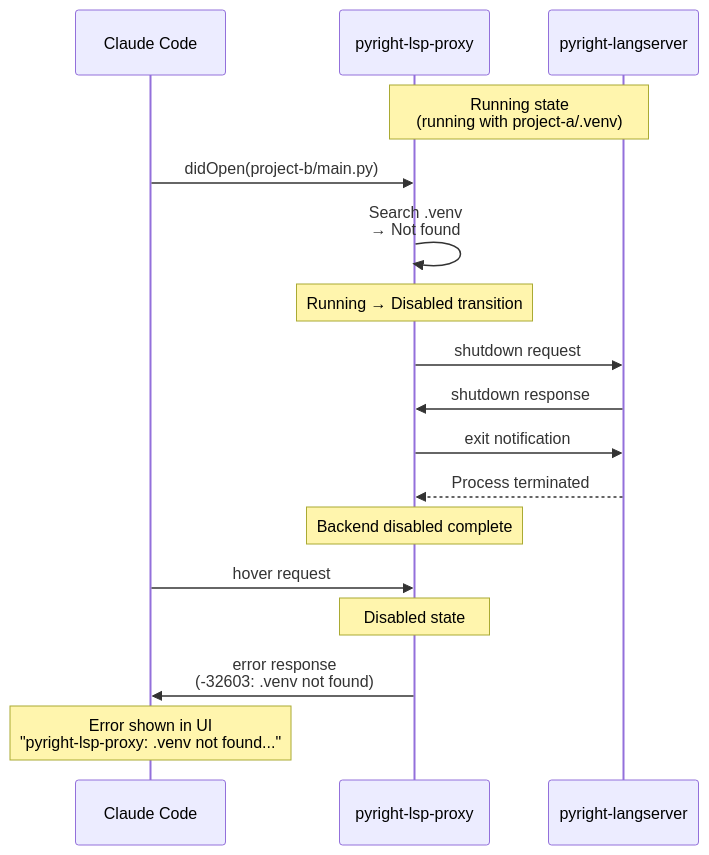
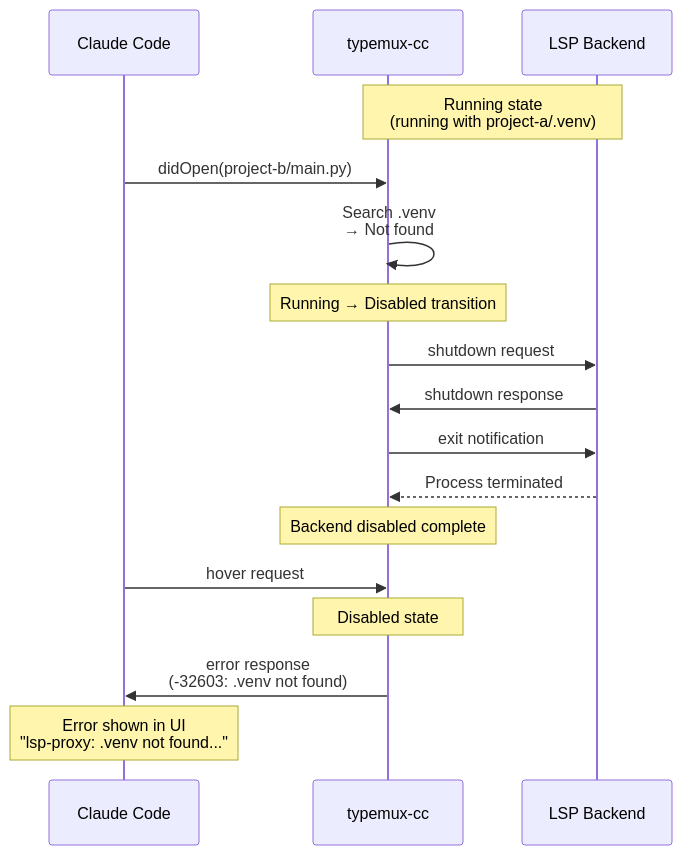
One commit to K-dash/typemux-cc changed the fourth of 6 diagrams in ARCHITECTURE.md. Above: the diagram before and after it, drawn with Mermaid. The commit also changed other lines of this file and 14 other files, not shown here.

First line of the commit message:
rename: pyright-lsp-proxy → typemux-cc

````diff
--- a/ARCHITECTURE.md
+++ b/ARCHITECTURE.md
@@ -168,24 +169,24 @@
 ```mermaid
 sequenceDiagram
     participant Client as Claude Code
-    participant Proxy as pyright-lsp-proxy
-    participant Backend as pyright-langserver
+    participant Proxy as typemux-cc
+    participant Backend as LSP Backend
 
     Note over Proxy,Backend: Running state<br/>(running with project-a/.venv)
 
     Client->>Proxy: didOpen(project-b/main.py)
     Proxy->>Proxy: Search .venv<br/>→ Not found
     Note over Proxy: Running → Disabled transition
 
     Proxy->>Backend: shutdown request
     Backend->>Proxy: shutdown response
     Proxy->>Backend: exit notification
     Backend-->>Proxy: Process terminated
 
     Note over Proxy: Backend disabled complete
 
     Client->>Proxy: hover request
     Note over Proxy: Disabled state
     Proxy->>Client: error response<br/>(-32603: .venv not found)
-    Note over Client: Error shown in UI<br/>"pyright-lsp-proxy: .venv not found..."
+    Note over Client: Error shown in UI<br/>"lsp-proxy: .venv not found..."
 ```
````
